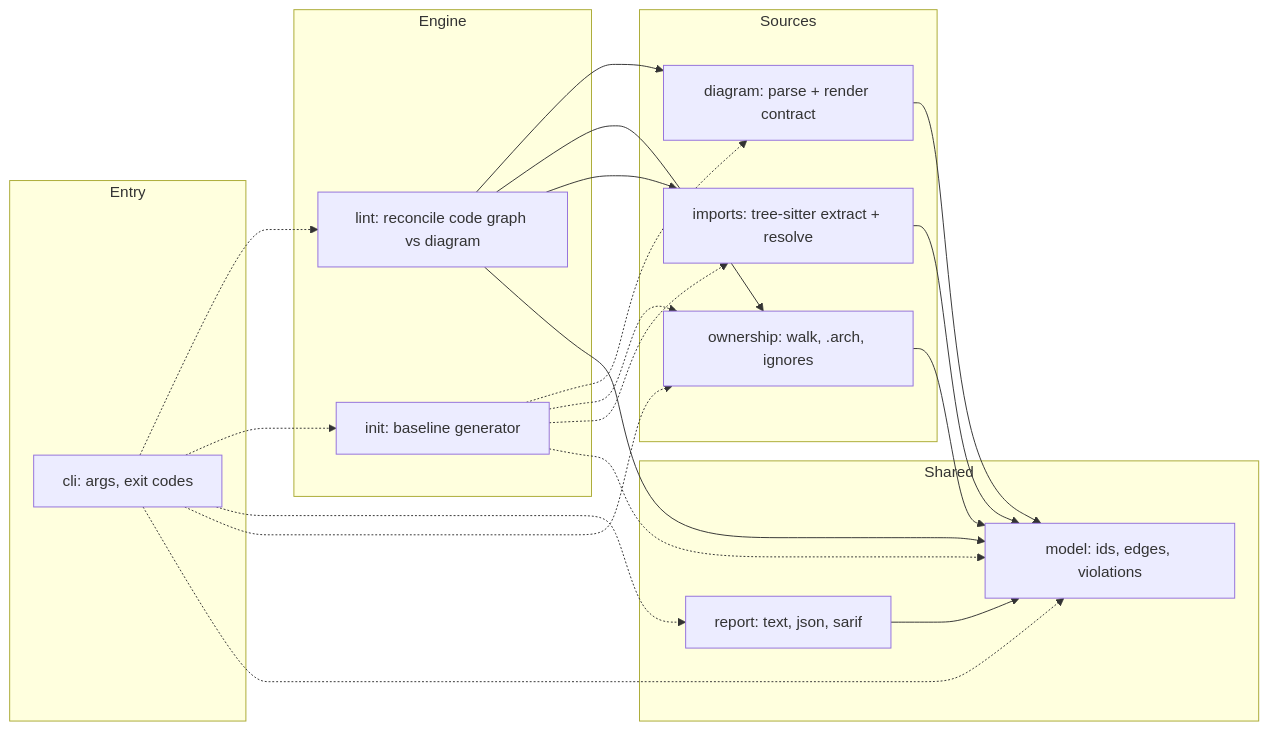
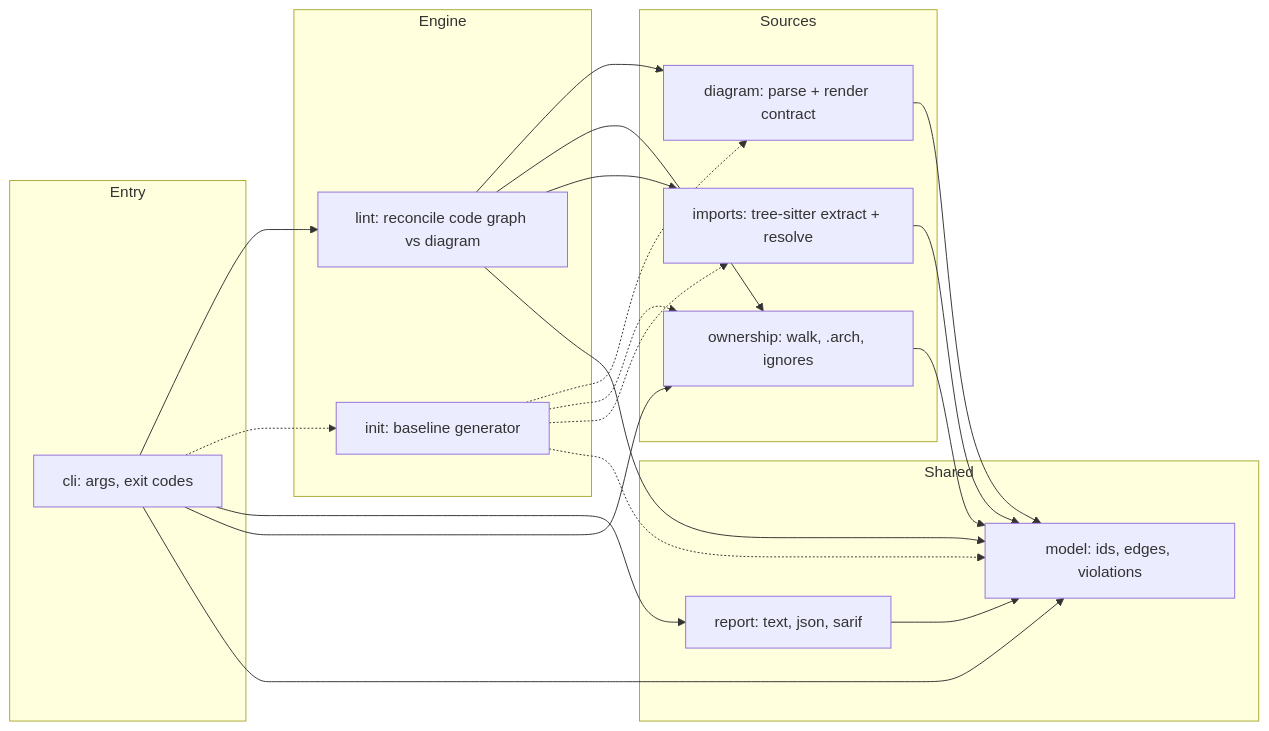
Before and after one commit to phanshiyu/driftwall: the diagram in architecture.mmd, drawn with Mermaid. The commit also changed 2 other files, not shown here.

Commit message:
driftwall lints itself: cli edges solid, self-lint in gate and CI

```diff
--- a/architecture.mmd
+++ b/architecture.mmd
@@ -1,42 +1,42 @@
 %% driftwall architecture contract (dogfooded).
 %% Grammar: flowchart subset. See docs/DESIGN.md#contract-format.
 %% Solid arrow  = implemented dependency, enforced.
 %% Dotted arrow = planned dependency, tolerated until built.
 flowchart LR
   subgraph entry["Entry"]
     cli["cli: args, exit codes"]
   end
 
   subgraph engine["Engine"]
     lint["lint: reconcile code graph vs diagram"]
     init["init: baseline generator"]
   end
 
   subgraph sources["Sources"]
     diagram["diagram: parse + render contract"]
     ownership["ownership: walk, .arch, ignores"]
     imports["imports: tree-sitter extract + resolve"]
   end
 
   subgraph shared["Shared"]
     model["model: ids, edges, violations"]
     report["report: text, json, sarif"]
   end
 
-  cli -.-> lint
+  cli --> lint
   cli -.-> init
-  cli -.-> report
-  cli -.-> ownership
-  cli -.-> model
+  cli --> report
+  cli --> ownership
+  cli --> model
   lint --> diagram
   lint --> ownership
   lint --> imports
   lint --> model
   init -.-> diagram
   init -.-> ownership
   init -.-> imports
   init -.-> model
   diagram --> model
   ownership --> model
   imports --> model
   report --> model
```
